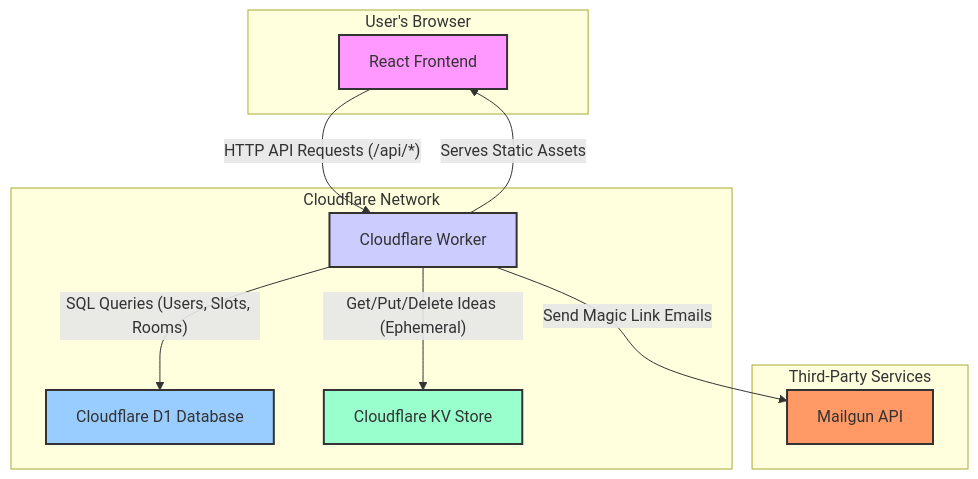
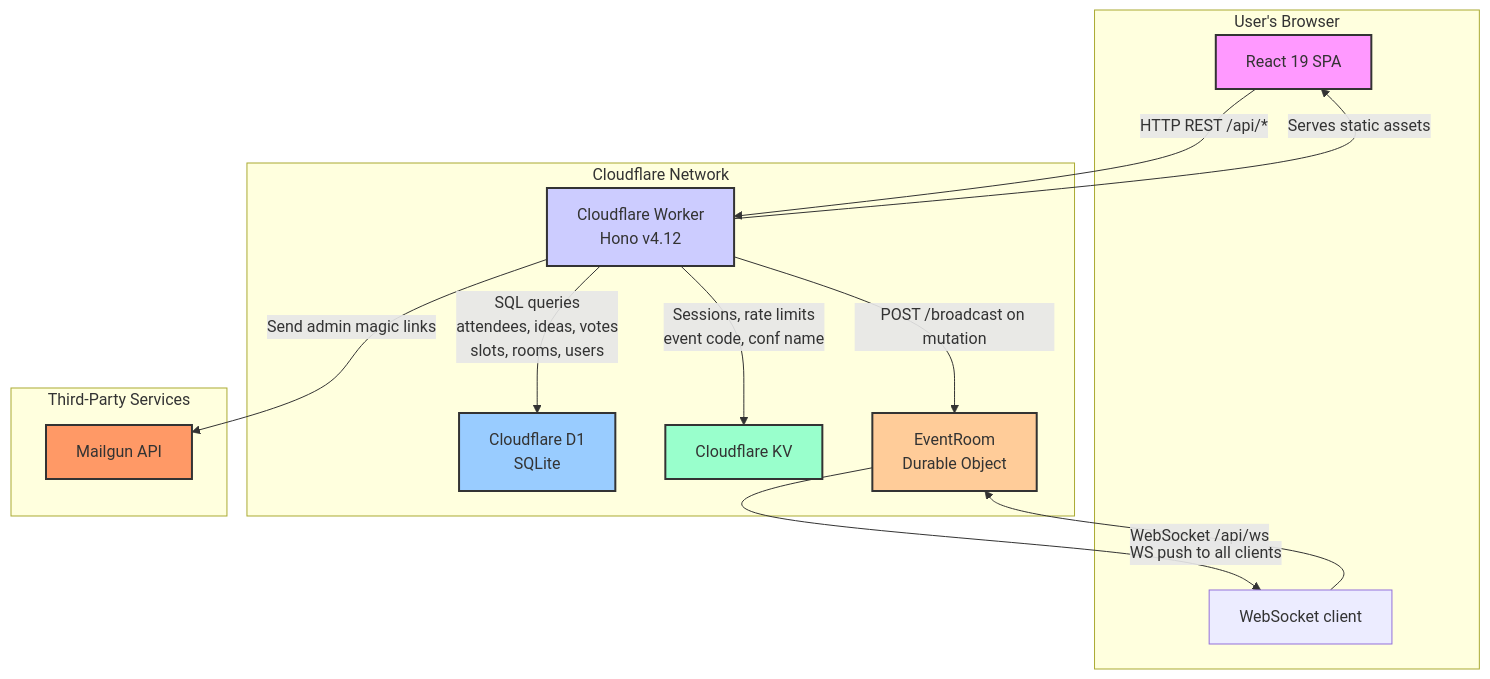
One commit to devopsdays-kc/open-spaces-live changed the diagram in docs/ARCHITECTURE.md. Above: the diagram before and after it, drawn with Mermaid. The commit also changed other lines of this file and 61 other files, not shown here.

First line of the commit message:
refactor: live marketplace with real-time WebSocket, atomic votes, and facilitator auth

````diff
--- a/docs/ARCHITECTURE.md
+++ b/docs/ARCHITECTURE.md
@@ -14,28 +28,34 @@
 ```mermaid
 graph TD
     subgraph "User's Browser"
-        A[React Frontend]
+        A[React 19 SPA]
+        WS[WebSocket client]
     end
 
     subgraph "Cloudflare Network"
-        B[Cloudflare Worker]
-        C[Cloudflare D1 Database]
-        D[Cloudflare KV Store]
+        B[Cloudflare Worker<br/>Hono v4.12]
+        C[Cloudflare D1<br/>SQLite]
+        D[Cloudflare KV]
+        DO[EventRoom<br/>Durable Object]
     end
 
     subgraph "Third-Party Services"
         E[Mailgun API]
     end
 
-    A -- "HTTP API Requests (/api/*)" --> B
-    B -- "Serves Static Assets" --> A
-    B -- "SQL Queries (Users, Slots, Rooms)" --> C
-    B -- "Get/Put/Delete Ideas (Ephemeral)" --> D
-    B -- "Send Magic Link Emails" --> E
+    A -- "HTTP REST /api/*" --> B
+    WS -- "WebSocket /api/ws" --> DO
+    B -- "Serves static assets" --> A
+    B -- "SQL queries<br/>attendees, ideas, votes<br/>slots, rooms, users" --> C
+    B -- "Sessions, rate limits<br/>event code, conf name" --> D
+    B -- "POST /broadcast on mutation" --> DO
+    DO -- "WS push to all clients" --> WS
+    B -- "Send admin magic links" --> E
 
     style A fill:#f9f,stroke:#333,stroke-width:2px
     style B fill:#ccf,stroke:#333,stroke-width:2px
     style C fill:#9cf,stroke:#333,stroke-width:2px
     style D fill:#9fc,stroke:#333,stroke-width:2px
+    style DO fill:#fc9,stroke:#333,stroke-width:2px
     style E fill:#f96,stroke:#333,stroke-width:2px
 ```
````
